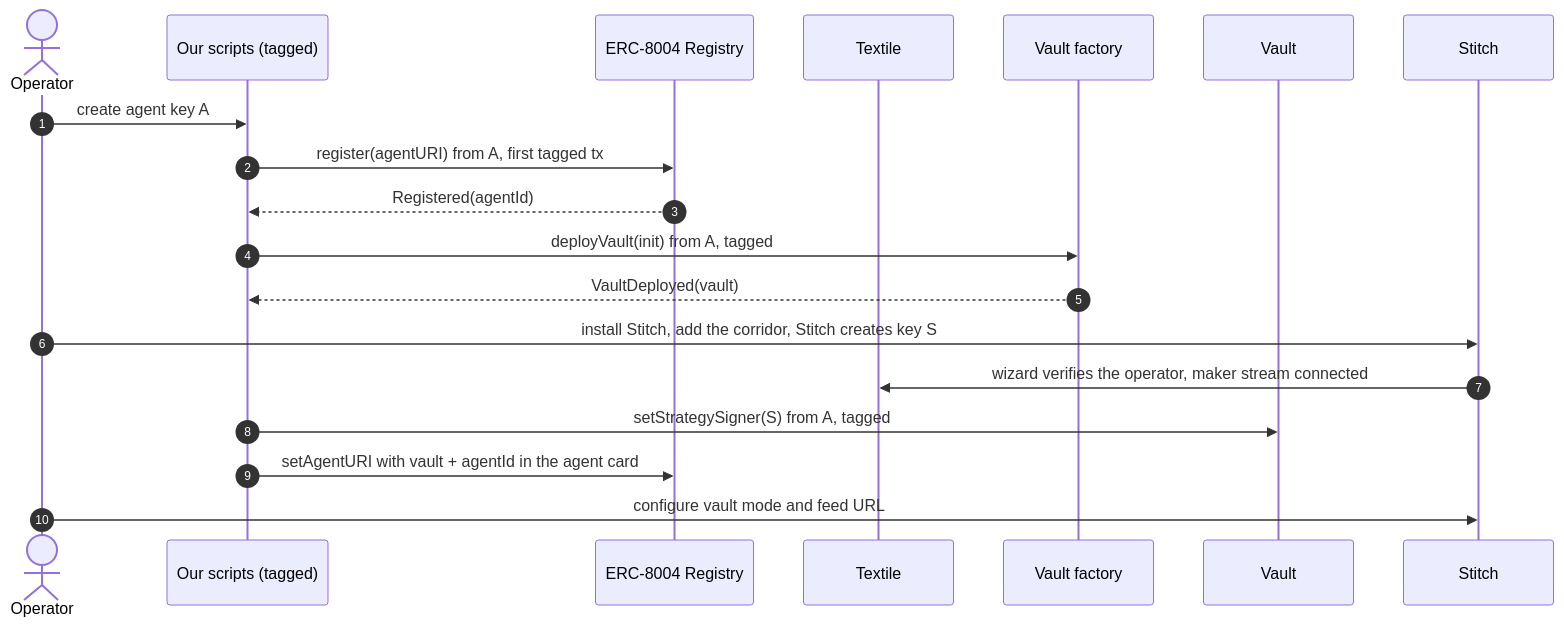
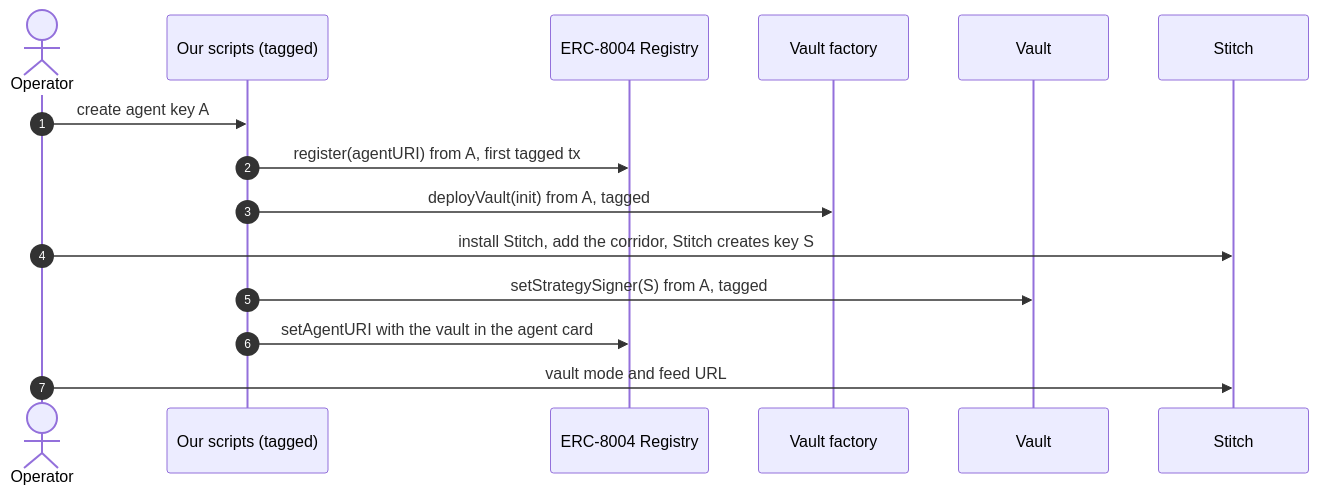
The fourth of 11 diagrams in docs/ARCHITECTURE.md (Kanasjnr/naira-desk), drawn with Mermaid before and after one commit. The commit also changed other lines of this file and 1 other file, not shown here.

````diff
--- a/docs/ARCHITECTURE.md
+++ b/docs/ARCHITECTURE.md
@@ -237,21 +270,17 @@
 ```mermaid
 sequenceDiagram
   autonumber
   actor Y as Operator
   participant SC as Our scripts (tagged)
   participant ID as ERC-8004 Registry
-  participant TX as Textile
   participant FAC as Vault factory
   participant V as Vault
   participant ST as Stitch
   Y->>SC: create agent key A
   SC->>ID: register(agentURI) from A, first tagged tx
-  ID-->>SC: Registered(agentId)
   SC->>FAC: deployVault(init) from A, tagged
-  FAC-->>SC: VaultDeployed(vault)
   Y->>ST: install Stitch, add the corridor, Stitch creates key S
-  ST->>TX: wizard verifies the operator, maker stream connected
   SC->>V: setStrategySigner(S) from A, tagged
-  SC->>ID: setAgentURI with vault + agentId in the agent card
-  Y->>ST: configure vault mode and feed URL
+  SC->>ID: setAgentURI with the vault in the agent card
+  Y->>ST: vault mode and feed URL
 ```
````
